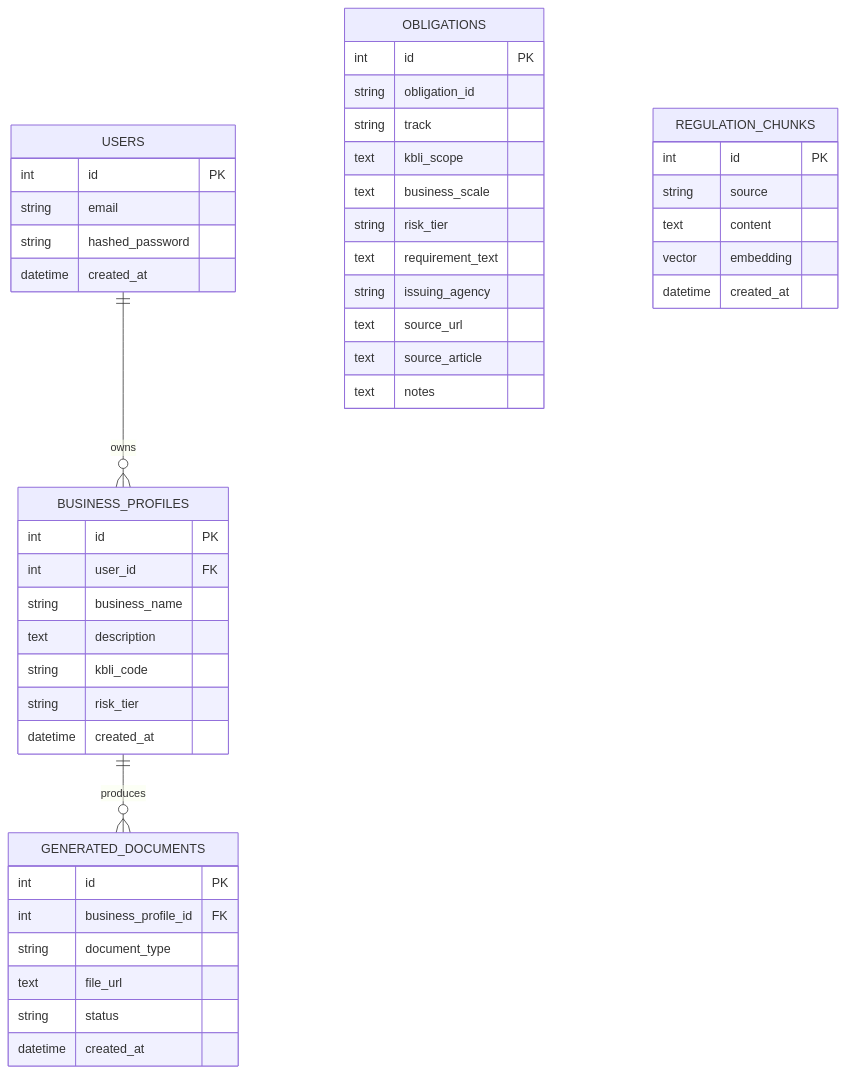
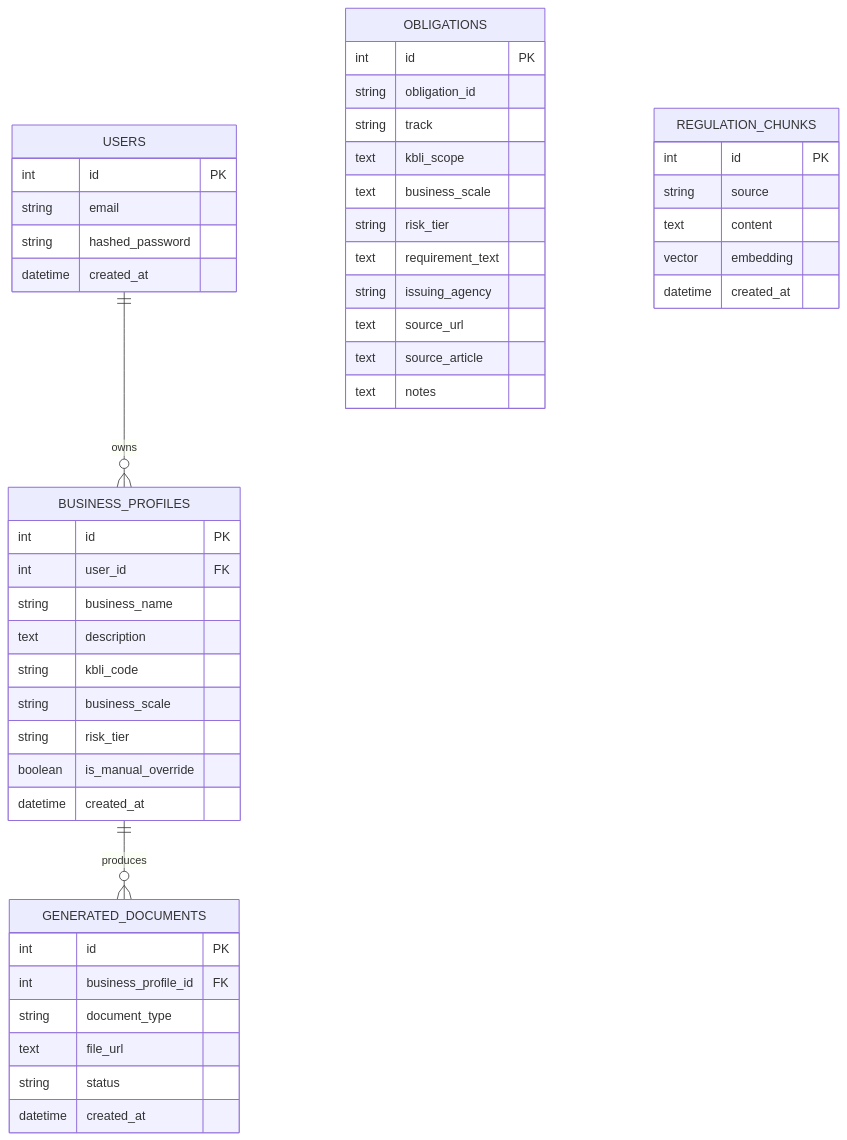
Before and after one commit to altafparves/Legalyst: the diagram in docs/schema.md, drawn with Mermaid. The commit also changed other lines of this file and 10 other files, not shown here.

````diff
--- a/docs/schema.md
+++ b/docs/schema.md
@@ -8,49 +8,51 @@
 ```mermaid
 erDiagram
     USERS ||--o{ BUSINESS_PROFILES : owns
     BUSINESS_PROFILES ||--o{ GENERATED_DOCUMENTS : produces
 
     USERS {
         int id PK
         string email
         string hashed_password
         datetime created_at
     }
     BUSINESS_PROFILES {
         int id PK
         int user_id FK
         string business_name
         text description
         string kbli_code
+        string business_scale
         string risk_tier
+        boolean is_manual_override
         datetime created_at
     }
     OBLIGATIONS {
         int id PK
         string obligation_id
         string track
         text kbli_scope
         text business_scale
         string risk_tier
         text requirement_text
         string issuing_agency
         text source_url
         text source_article
         text notes
     }
     REGULATION_CHUNKS {
         int id PK
         string source
         text content
         vector embedding
         datetime created_at
     }
     GENERATED_DOCUMENTS {
         int id PK
         int business_profile_id FK
         string document_type
         text file_url
         string status
         datetime created_at
     }
 ```
````
